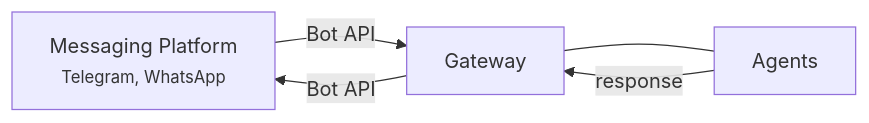
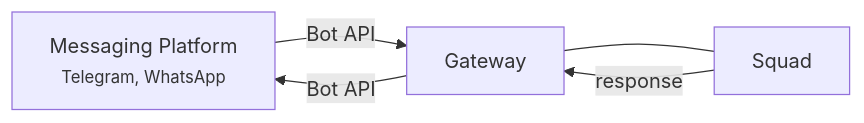
The diagram in docs/messaging-apps.mdx (volumegambit/Dash), drawn with Mermaid before and after one commit. The commit also changed other lines of this file and 64 other files, not shown here.

First line of the commit message:
Rename 'Agents' to 'Squad' across all interfaces

````diff
--- a/docs/messaging-apps.mdx
+++ b/docs/messaging-apps.mdx
@@ -12,7 +12,7 @@
 ```mermaid
 graph LR
     P["Messaging Platform<br/><small>Telegram, WhatsApp</small>"] -->|Bot API| GW["Gateway"]
-    GW --- A["Agents"]
+    GW --- A["Squad"]
     A -->|response| GW
     GW -->|Bot API| P
 ```
````
